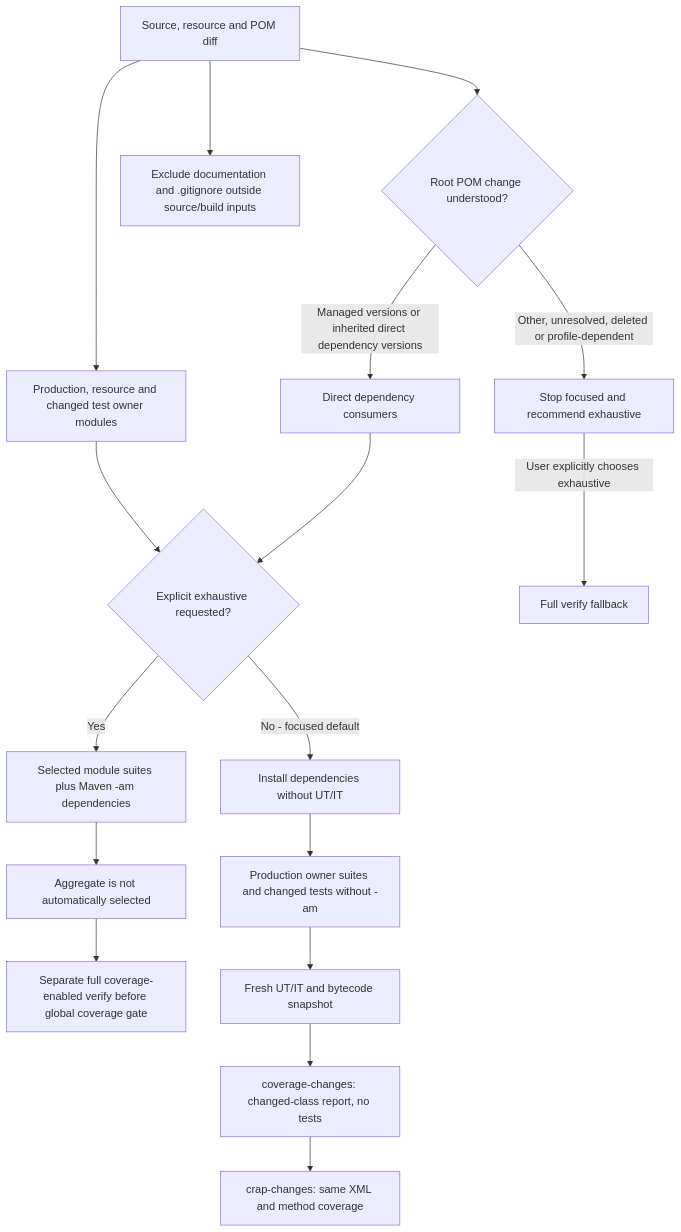
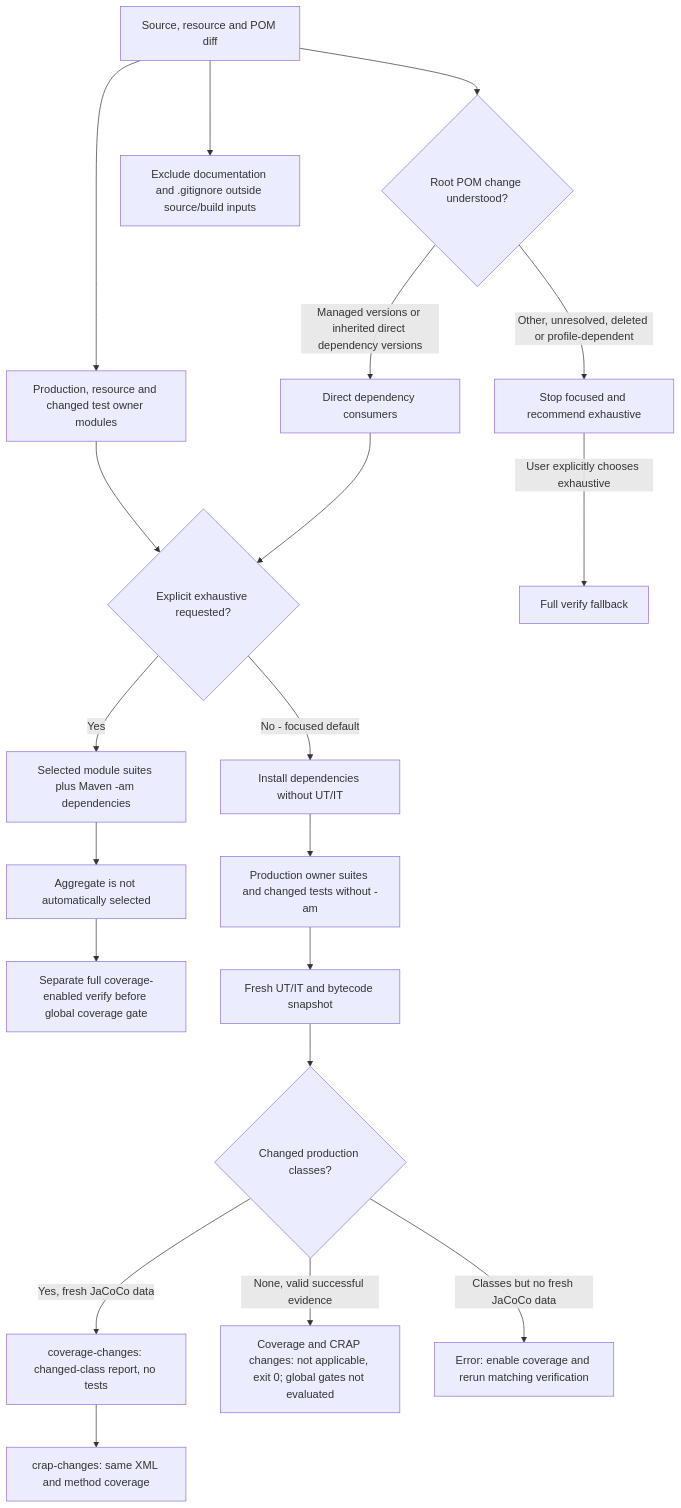
The fourth of 4 diagrams in docs/workflow-guidance.md (antonillos/makevn), drawn with Mermaid before and after one commit. The commit also changed other lines of this file and 10 other files, not shown here.

Commit message:
fix(coverage): distinguish not-applicable focused gates

````diff
--- a/docs/workflow-guidance.md
+++ b/docs/workflow-guidance.md
@@ -130,19 +130,22 @@
 ```mermaid
 flowchart TD
   Diff[Source, resource and POM diff] --> Owners[Production, resource and changed test owner modules]
   Diff --> Ignore[Exclude documentation and .gitignore outside source/build inputs]
   Diff --> POM{Root POM change understood?}
   POM -->|Managed versions or inherited direct dependency versions| Consumers[Direct dependency consumers]
   POM -->|Other, unresolved, deleted or profile-dependent| Stop[Stop focused and recommend exhaustive]
   Stop -->|User explicitly chooses exhaustive| Full[Full verify fallback]
   Owners --> Mode{Explicit exhaustive requested?}
   Mode -->|Yes| Verify[Selected module suites plus Maven -am dependencies]
   Mode -->|No - focused default| Prepare[Install dependencies without UT/IT]
   Prepare --> Focus[Production owner suites and changed tests without -am]
   Focus --> Snapshot[Fresh UT/IT and bytecode snapshot]
-  Snapshot --> ScopedReport[coverage-changes: changed-class report, no tests]
+  Snapshot --> Applicability{Changed production classes?}
+  Applicability -->|Yes, fresh JaCoCo data| ScopedReport[coverage-changes: changed-class report, no tests]
+  Applicability -->|None, valid successful evidence| NA[Coverage and CRAP changes: not applicable, exit 0; global gates not evaluated]
+  Applicability -->|Classes but no fresh JaCoCo data| Missing[Error: enable coverage and rerun matching verification]
   ScopedReport --> ScopedCRAP[crap-changes: same XML and method coverage]
   Consumers --> Mode
   Verify --> Separate[Aggregate is not automatically selected]
   Separate --> Gate[Separate full coverage-enabled verify before global coverage gate]
 ```
````
